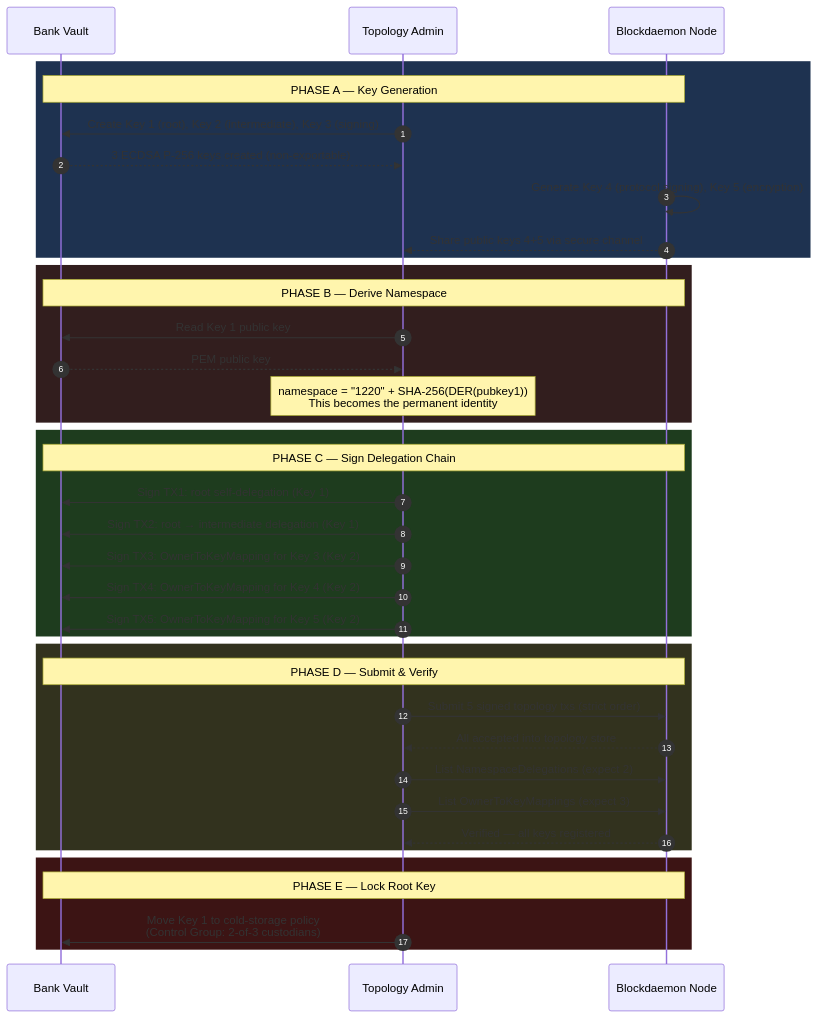
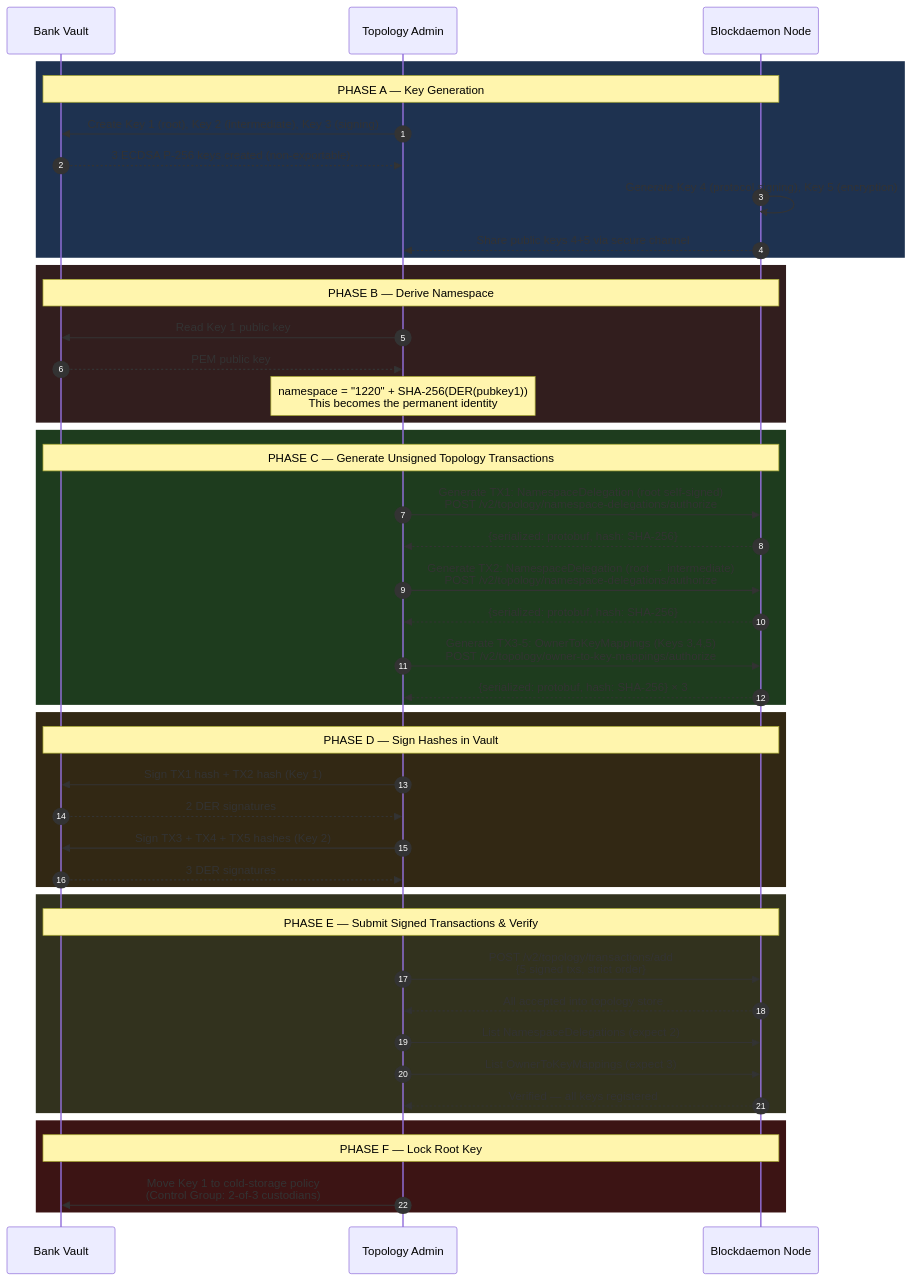
Before and after one commit to sickle5stone/canton: the second of 9 diagrams in onboarding-detailed.md, drawn with Mermaid. The commit also changed other lines of this file and 1 other file, not shown here.

````diff
--- a/onboarding-detailed.md
+++ b/onboarding-detailed.md
@@ -216,45 +349,54 @@
 ```mermaid
 sequenceDiagram
     autonumber
     participant Vault as Bank Vault
     participant Admin as Topology Admin
     participant BD as Blockdaemon Node
 
     rect rgb(30, 50, 80)
     Note over Vault,BD: PHASE A — Key Generation
     Admin->>Vault: Create Key 1 (root), Key 2 (intermediate), Key 3 (signing)
     Vault-->>Admin: 3 ECDSA P-256 keys created (non-exportable)
     BD->>BD: Generate Key 4 (protocol signing), Key 5 (encryption)
     BD-->>Admin: Share public keys 4+5 via secure channel
     end
 
     rect rgb(50, 30, 30)
     Note over Vault,BD: PHASE B — Derive Namespace
     Admin->>Vault: Read Key 1 public key
     Vault-->>Admin: PEM public key
     Note over Admin: namespace = "1220" + SHA-256(DER(pubkey1))<br/>This becomes the permanent identity
     end
 
     rect rgb(30, 60, 30)
-    Note over Vault,BD: PHASE C — Sign Delegation Chain
-    Admin->>Vault: Sign TX1: root self-delegation (Key 1)
-    Admin->>Vault: Sign TX2: root → intermediate delegation (Key 1)
-    Admin->>Vault: Sign TX3: OwnerToKeyMapping for Key 3 (Key 2)
-    Admin->>Vault: Sign TX4: OwnerToKeyMapping for Key 4 (Key 2)
-    Admin->>Vault: Sign TX5: OwnerToKeyMapping for Key 5 (Key 2)
+    Note over Vault,BD: PHASE C — Generate Unsigned Topology Transactions
+    Admin->>BD: Generate TX1: NamespaceDelegation (root self-signed)<br/>POST /v2/topology/namespace-delegations/authorize
+    BD-->>Admin: {serialized: protobuf, hash: SHA-256}
+    Admin->>BD: Generate TX2: NamespaceDelegation (root → intermediate)<br/>POST /v2/topology/namespace-delegations/authorize
+    BD-->>Admin: {serialized: protobuf, hash: SHA-256}
+    Admin->>BD: Generate TX3-5: OwnerToKeyMappings (Keys 3,4,5)<br/>POST /v2/topology/owner-to-key-mappings/authorize
+    BD-->>Admin: {serialized: protobuf, hash: SHA-256} × 3
+    end
+
+    rect rgb(50, 40, 20)
+    Note over Vault,BD: PHASE D — Sign Hashes in Vault
+    Admin->>Vault: Sign TX1 hash + TX2 hash (Key 1)
+    Vault-->>Admin: 2 DER signatures
+    Admin->>Vault: Sign TX3 + TX4 + TX5 hashes (Key 2)
+    Vault-->>Admin: 3 DER signatures
     end
 
     rect rgb(50, 50, 30)
-    Note over Vault,BD: PHASE D — Submit & Verify
-    Admin->>BD: Submit 5 signed topology txs (strict order)
+    Note over Vault,BD: PHASE E — Submit Signed Transactions & Verify
+    Admin->>BD: POST /v2/topology/transactions/add<br/>{5 signed txs, strict order}
     BD-->>Admin: All accepted into topology store
     Admin->>BD: List NamespaceDelegations (expect 2)
     Admin->>BD: List OwnerToKeyMappings (expect 3)
     BD-->>Admin: Verified — all keys registered
     end
 
     rect rgb(60, 20, 20)
-    Note over Vault,BD: PHASE E — Lock Root Key
+    Note over Vault,BD: PHASE F — Lock Root Key
     Admin->>Vault: Move Key 1 to cold-storage policy<br/>(Control Group: 2-of-3 custodians)
     end
 ```
````
